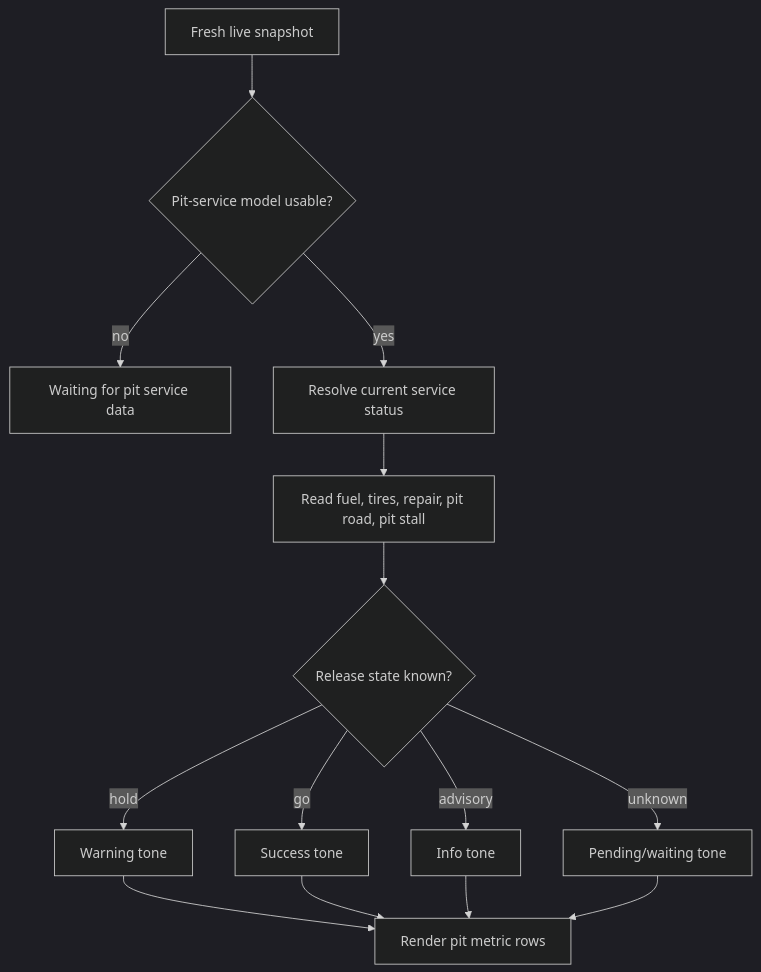
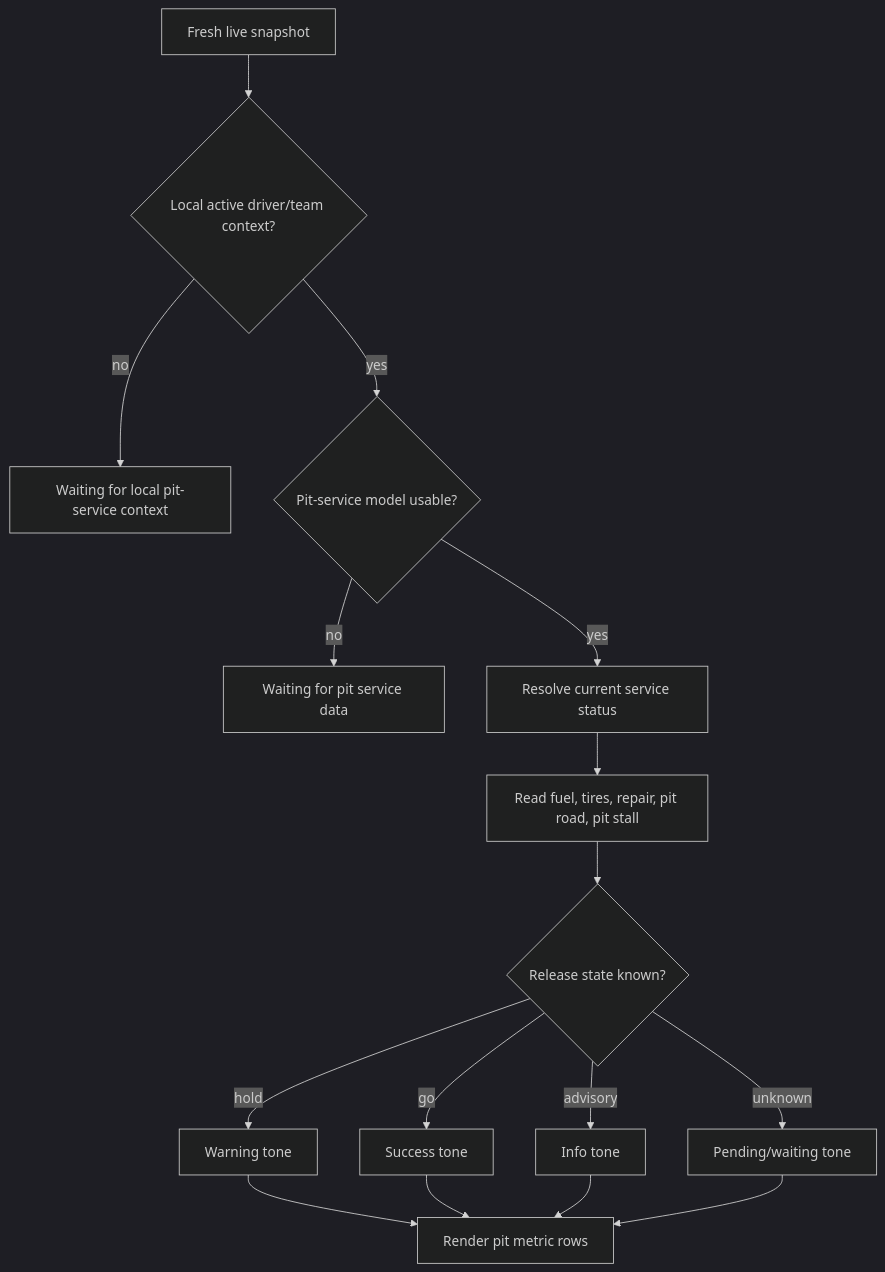
One commit to Boucher-David/tmrOverlay changed diagram 11 of 16 in docs/overlay-flow-diagrams.md. Above: the diagram before and after it, drawn with Mermaid (dark theme). The commit also changed other lines of this file and 49 other files, not shown here.

````diff
--- a/docs/overlay-flow-diagrams.md
+++ b/docs/overlay-flow-diagrams.md
@@ -175,16 +180,18 @@
 ```mermaid
 flowchart TD
-    Start["Fresh live snapshot"] --> Pit{"Pit-service model usable?"}
+    Start["Fresh live snapshot"] --> Local{"Local active driver/team context?"}
+    Local -- no --> WaitingLocal["Waiting for local pit-service context"]
+    Local -- yes --> Pit{"Pit-service model usable?"}
     Pit -- no --> Waiting["Waiting for pit service data"]
     Pit -- yes --> Status["Resolve current service status"]
     Status --> Requests["Read fuel, tires, repair, pit road, pit stall"]
     Requests --> Release{"Release state known?"}
     Release -- hold --> Hold["Warning tone"]
     Release -- go --> Go["Success tone"]
     Release -- advisory --> Advisory["Info tone"]
     Release -- unknown --> Pending["Pending/waiting tone"]
     Hold --> Render["Render pit metric rows"]
     Go --> Render
     Advisory --> Render
     Pending --> Render
 ```
````
